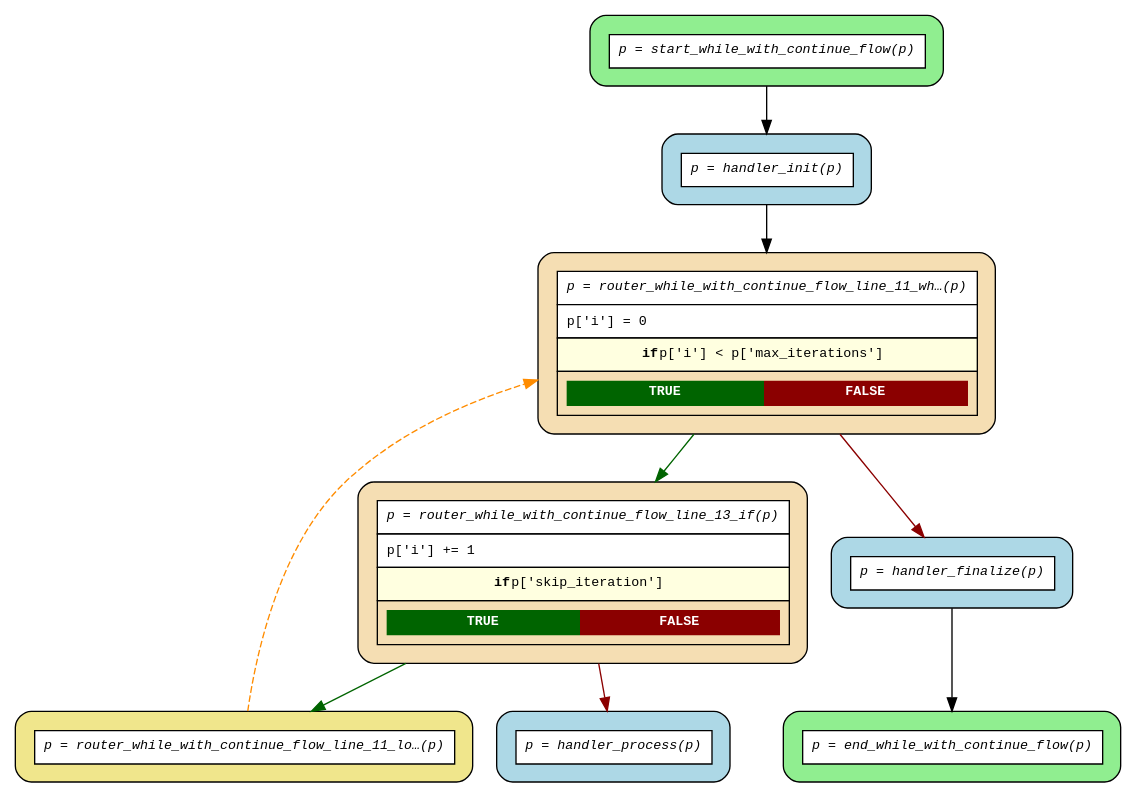
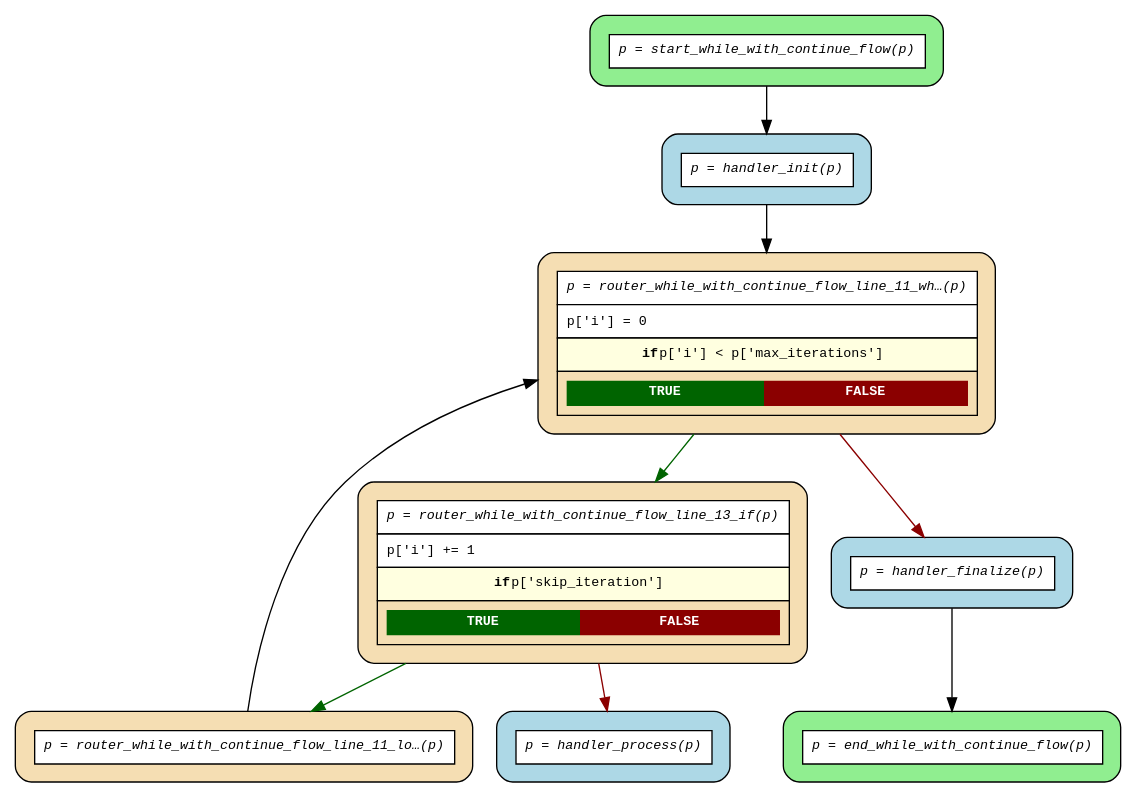
One commit to deliveryhero/asya changed the diagram in examples/flows/compiled/while_with_continue/flow.dot. Above: the diagram before and after it, drawn with Graphviz. The commit also changed 27 other files, not shown here.

```diff
--- a/examples/flows/compiled/while_with_continue/flow.dot
+++ b/examples/flows/compiled/while_with_continue/flow.dot
@@ -1,24 +1,24 @@
 digraph flow {
   rankdir=TB;
   graph [fontname="Courier", fontsize=10];
   node [fontname="Courier", fontsize=10, shape=box, style="filled,rounded", margin="0.2"];
   edge [fontname="Courier", fontsize=10];
 
   start_while_with_continue_flow [fillcolor="lightgreen", label=<<table border="0" cellspacing="0" cellpadding="6" cellborder="1"><tr><td bgcolor="white" align="center"><i>p = start_while_with_continue_flow(p)</i></td></tr></table>>];
   router_while_with_continue_flow_line_13_if [fillcolor="wheat", label=<<table border="0" cellspacing="0" cellpadding="6" cellborder="1"><tr><td bgcolor="white" align="center"><i>p = router_while_with_continue_flow_line_13_if(p)</i></td></tr><tr><td bgcolor="white" align="left">p['i'] += 1</td></tr><tr><td bgcolor="lightyellow"><b>if</b> p['skip_iteration']</td></tr><tr><td><table border="0" cellspacing="0" cellpadding="4"><tr><td bgcolor="darkgreen"><font color="white"><b>TRUE</b></font></td><td bgcolor="darkred"><font color="white"><b>FALSE</b></font></td></tr></table></td></tr></table>>];
-  router_while_with_continue_flow_line_11_loop_back_0 [fillcolor="khaki", label=<<table border="0" cellspacing="0" cellpadding="6" cellborder="1"><tr><td bgcolor="white" align="center"><i>p = router_while_with_continue_flow_line_11_lo…(p)</i></td></tr></table>>];
+  router_while_with_continue_flow_line_11_loop_back_0 [fillcolor="wheat", label=<<table border="0" cellspacing="0" cellpadding="6" cellborder="1"><tr><td bgcolor="white" align="center"><i>p = router_while_with_continue_flow_line_11_lo…(p)</i></td></tr></table>>];
   router_while_with_continue_flow_line_11_while_0 [fillcolor="wheat", label=<<table border="0" cellspacing="0" cellpadding="6" cellborder="1"><tr><td bgcolor="white" align="center"><i>p = router_while_with_continue_flow_line_11_wh…(p)</i></td></tr><tr><td bgcolor="white" align="left">p['i'] = 0</td></tr><tr><td bgcolor="lightyellow"><b>if</b> p['i'] &lt; p['max_iterations']</td></tr><tr><td><table border="0" cellspacing="0" cellpadding="4"><tr><td bgcolor="darkgreen"><font color="white"><b>TRUE</b></font></td><td bgcolor="darkred"><font color="white"><b>FALSE</b></font></td></tr></table></td></tr></table>>];
   end_while_with_continue_flow [fillcolor="lightgreen", label=<<table border="0" cellspacing="0" cellpadding="6" cellborder="1"><tr><td bgcolor="white" align="center"><i>p = end_while_with_continue_flow(p)</i></td></tr></table>>];
   handler_finalize [fillcolor="lightblue", label=<<table border="0" cellspacing="0" cellpadding="6" cellborder="1"><tr><td bgcolor="white" align="center"><i>p = handler_finalize(p)</i></td></tr></table>>];
   handler_init [fillcolor="lightblue", label=<<table border="0" cellspacing="0" cellpadding="6" cellborder="1"><tr><td bgcolor="white" align="center"><i>p = handler_init(p)</i></td></tr></table>>];
   handler_process [fillcolor="lightblue", label=<<table border="0" cellspacing="0" cellpadding="6" cellborder="1"><tr><td bgcolor="white" align="center"><i>p = handler_process(p)</i></td></tr></table>>];
 
   handler_finalize -> end_while_with_continue_flow;
   handler_init -> router_while_with_continue_flow_line_11_while_0;
-  router_while_with_continue_flow_line_11_loop_back_0 -> router_while_with_continue_flow_line_11_while_0 [style=dashed, color=darkorange, constraint=false];
+  router_while_with_continue_flow_line_11_loop_back_0 -> router_while_with_continue_flow_line_11_while_0 [constraint=false];
   router_while_with_continue_flow_line_11_while_0 -> handler_finalize [color=darkred];
   router_while_with_continue_flow_line_11_while_0 -> router_while_with_continue_flow_line_13_if [color=darkgreen];
   router_while_with_continue_flow_line_13_if -> handler_process [color=darkred];
   router_while_with_continue_flow_line_13_if -> router_while_with_continue_flow_line_11_loop_back_0 [color=darkgreen];
   start_while_with_continue_flow -> handler_init;
 }
```
